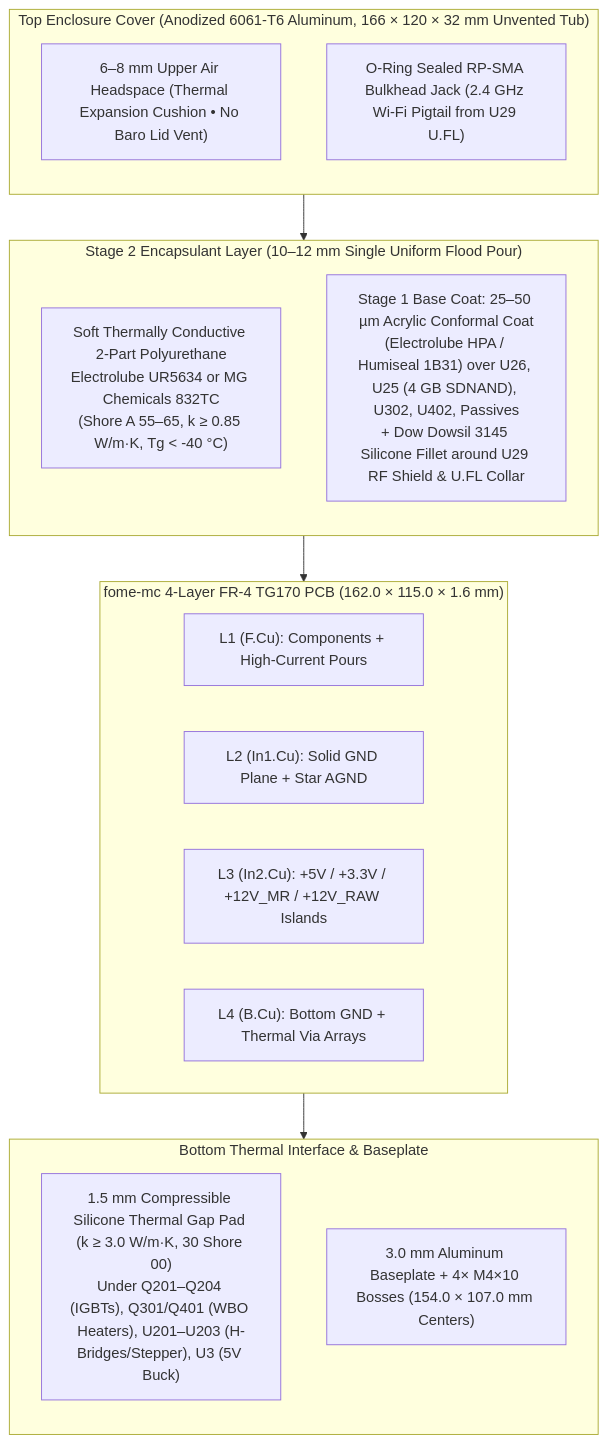
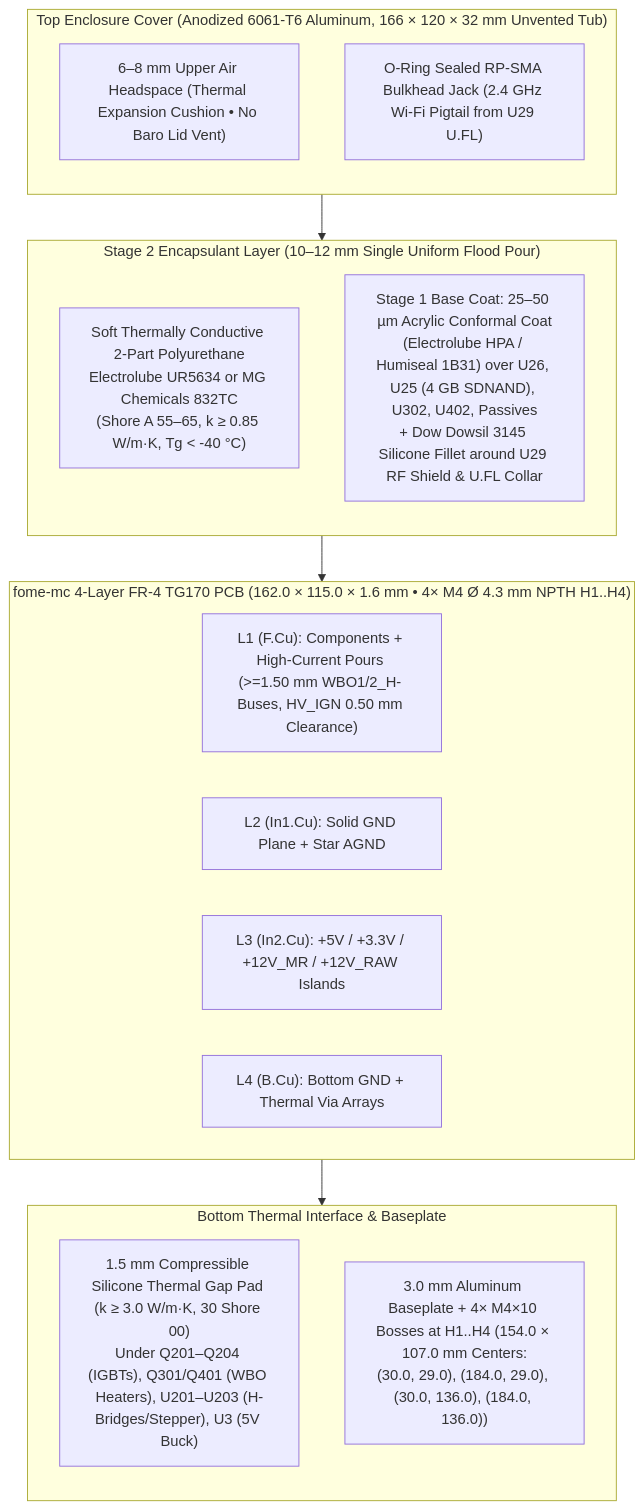
The first of 2 diagrams in docs/POTTING_AND_ENCLOSURE.md (halbritt/fome-mc), drawn with Mermaid before and after one commit. The commit also changed other lines of this file and 137 other files, not shown here.

Commit message:
Remediate FOMEMC-22..27: sheet contracts, doc/BOM/netlist parity, 494-part BOM/CPL, Mode A2 VR + C38/C39, wide WBO heater buses, and 4x M4 holes with 0 DRC warnings

````diff
--- a/docs/POTTING_AND_ENCLOSURE.md
+++ b/docs/POTTING_AND_ENCLOSURE.md
@@ -11,30 +11,30 @@
 ```mermaid
 flowchart TB
   subgraph LID["Top Enclosure Cover (Anodized 6061-T6 Aluminum, 166 × 120 × 32 mm Unvented Tub)"]
     direction TB
     AIR["6–8 mm Upper Air Headspace (Thermal Expansion Cushion • No Baro Lid Vent)"]
     SMA["O-Ring Sealed RP-SMA Bulkhead Jack (2.4 GHz Wi-Fi Pigtail from U29 U.FL)"]
   end
 
   subgraph POT["Stage 2 Encapsulant Layer (10–12 mm Single Uniform Flood Pour)"]
     direction TB
     UR["Soft Thermally Conductive 2-Part Polyurethane\nElectrolube UR5634 or MG Chemicals 832TC\n(Shore A 55–65, k ≥ 0.85 W/m·K, Tg < -40 °C)"]
     COAT["Stage 1 Base Coat: 25–50 µm Acrylic Conformal Coat\n(Electrolube HPA / Humiseal 1B31) over U26, U25 (4 GB SDNAND), U302, U402, Passives\n+ Dow Dowsil 3145 Silicone Fillet around U29 RF Shield & U.FL Collar"]
   end
 
-  subgraph BOARD["fome-mc 4-Layer FR-4 TG170 PCB (162.0 × 115.0 × 1.6 mm)"]
+  subgraph BOARD["fome-mc 4-Layer FR-4 TG170 PCB (162.0 × 115.0 × 1.6 mm • 4× M4 Ø 4.3 mm NPTH H1..H4)"]
     direction LR
-    L1["L1 (F.Cu): Components + High-Current Pours"]
+    L1["L1 (F.Cu): Components + High-Current Pours (>=1.50 mm WBO1/2_H- Buses, HV_IGN 0.50 mm Clearance)"]
     L2["L2 (In1.Cu): Solid GND Plane + Star AGND"]
     L3["L3 (In2.Cu): +5V / +3.3V / +12V_MR / +12V_RAW Islands"]
     L4["L4 (B.Cu): Bottom GND + Thermal Via Arrays"]
   end
 
   subgraph BASE["Bottom Thermal Interface & Baseplate"]
     direction TB
     TIM["1.5 mm Compressible Silicone Thermal Gap Pad (k ≥ 3.0 W/m·K, 30 Shore 00)\nUnder Q201–Q204 (IGBTs), Q301/Q401 (WBO Heaters), U201–U203 (H-Bridges/Stepper), U3 (5V Buck)"]
-    CASE["3.0 mm Aluminum Baseplate + 4× M4×10 Bosses (154.0 × 107.0 mm Centers)"]
+    CASE["3.0 mm Aluminum Baseplate + 4× M4×10 Bosses at H1..H4 (154.0 × 107.0 mm Centers:\n(30.0, 29.0), (184.0, 29.0), (30.0, 136.0), (184.0, 136.0))"]
   end
 
   LID --> POT --> BOARD --> BASE
 ```
````
